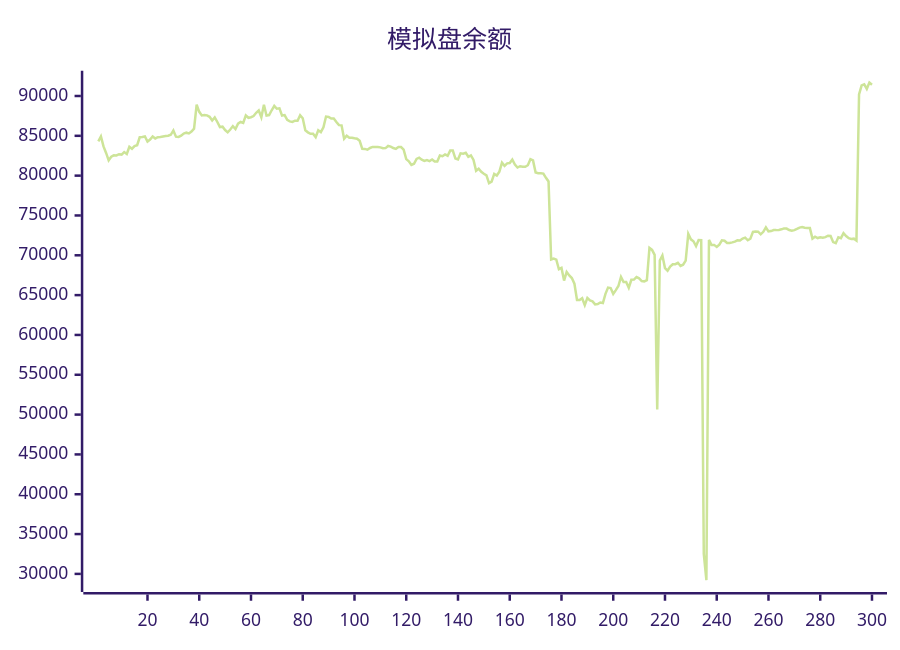
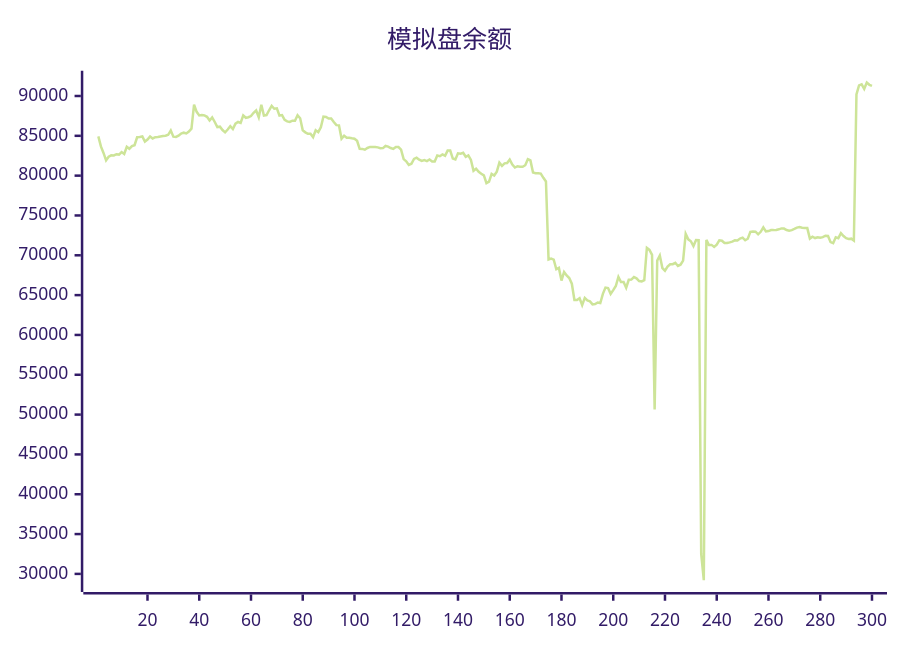
Before and after one commit to aahl/ai-trading: the diagram in README.md, drawn with Mermaid (forest theme). The commit also changed other lines of this file and 1 other file, not shown here.

````diff
--- a/README.md
+++ b/README.md
@@ -5,5 +5,5 @@
 ```mermaid
 xychart
     title "模拟盘余额"
-    line [84309,84922,83667,82850,81924,82369,82552,82539,82695,82648,82962,82728,83619,83378,83710,83825,84819,84854,84917,84265,84527,84919,84668,84834,84850,84916,84981,85004,85131,85674,84891,84864,85019,85284,85393,85294,85538,85894,88904,88012,87567,87625,87568,87386,86920,87313,86737,86094,86143,85725,85437,85787,86219,85859,86526,86740,86630,87563,87264,87335,87483,87886,88180,87335,88894,87544,87608,88207,88755,88401,88444,87543,87608,87000,86810,86740,86894,86884,87576,87209,85686,85435,85251,85255,84820,85689,85453,86066,87420,87373,87161,87178,86740,86341,86315,84643,85012,84772,84768,84690,84635,84376,83360,83357,83259,83474,83608,83606,83602,83548,83440,83454,83724,83644,83464,83365,83590,83592,83275,82072,81806,81344,81492,82109,82254,82006,81848,81955,81829,82022,81769,81776,82522,82441,82656,82498,83144,83144,82150,82038,82797,82763,82872,82367,82536,81981,80612,80862,80484,80242,80034,79063,79245,80226,80016,80507,81625,81233,81544,81578,82016,81401,81019,81186,81130,81118,81306,82066,81909,80392,80304,80291,80258,79729,79261,69466,69579,69456,68251,68415,66832,67911,67462,67144,66432,64380,64375,64606,63740,64647,64324,64216,63842,63877,64078,64008,65156,65945,65888,65157,65625,66144,67284,66653,66639,65924,66925,66956,67263,67108,66766,66729,66886,70927,70673,70049,50652,69334,69973,68400,68061,68578,68876,68879,69055,68662,68822,69329,72687,71999,71760,71162,71911,71896,32500,29218,71927,71297,71305,71044,71337,71883,71822,71536,71536,71622,71723,71880,71860,72100,72216,71887,72077,72940,72976,72966,72638,72948,73497,73004,73041,73173,73160,73186,73258,73375,73351,73173,73098,73161,73305,73474,73536,73457,73413,73412,72100,72333,72164,72272,72204,72285,72461,72421,71652,71521,72267,72157,72774,72424,72144,72060,72091,71858,90185,91338,91466,90900,91678,91404]
+    line [84922,83667,82850,81924,82369,82552,82539,82695,82648,82962,82728,83619,83378,83710,83825,84819,84854,84917,84265,84527,84919,84668,84834,84850,84916,84981,85004,85131,85674,84891,84864,85019,85284,85393,85294,85538,85894,88904,88012,87567,87625,87568,87386,86920,87313,86737,86094,86143,85725,85437,85787,86219,85859,86526,86740,86630,87563,87264,87335,87483,87886,88180,87335,88894,87544,87608,88207,88755,88401,88444,87543,87608,87000,86810,86740,86894,86884,87576,87209,85686,85435,85251,85255,84820,85689,85453,86066,87420,87373,87161,87178,86740,86341,86315,84643,85012,84772,84768,84690,84635,84376,83360,83357,83259,83474,83608,83606,83602,83548,83440,83454,83724,83644,83464,83365,83590,83592,83275,82072,81806,81344,81492,82109,82254,82006,81848,81955,81829,82022,81769,81776,82522,82441,82656,82498,83144,83144,82150,82038,82797,82763,82872,82367,82536,81981,80612,80862,80484,80242,80034,79063,79245,80226,80016,80507,81625,81233,81544,81578,82016,81401,81019,81186,81130,81118,81306,82066,81909,80392,80304,80291,80258,79729,79261,69466,69579,69456,68251,68415,66832,67911,67462,67144,66432,64380,64375,64606,63740,64647,64324,64216,63842,63877,64078,64008,65156,65945,65888,65157,65625,66144,67284,66653,66639,65924,66925,66956,67263,67108,66766,66729,66886,70927,70673,70049,50652,69334,69973,68400,68061,68578,68876,68879,69055,68662,68822,69329,72687,71999,71760,71162,71911,71896,32500,29218,71927,71297,71305,71044,71337,71883,71822,71536,71536,71622,71723,71880,71860,72100,72216,71887,72077,72940,72976,72966,72638,72948,73497,73004,73041,73173,73160,73186,73258,73375,73351,73173,73098,73161,73305,73474,73536,73457,73413,73412,72100,72333,72164,72272,72204,72285,72461,72421,71652,71521,72267,72157,72774,72424,72144,72060,72091,71858,90185,91338,91466,90900,91678,91404,91268]
 ```
````
